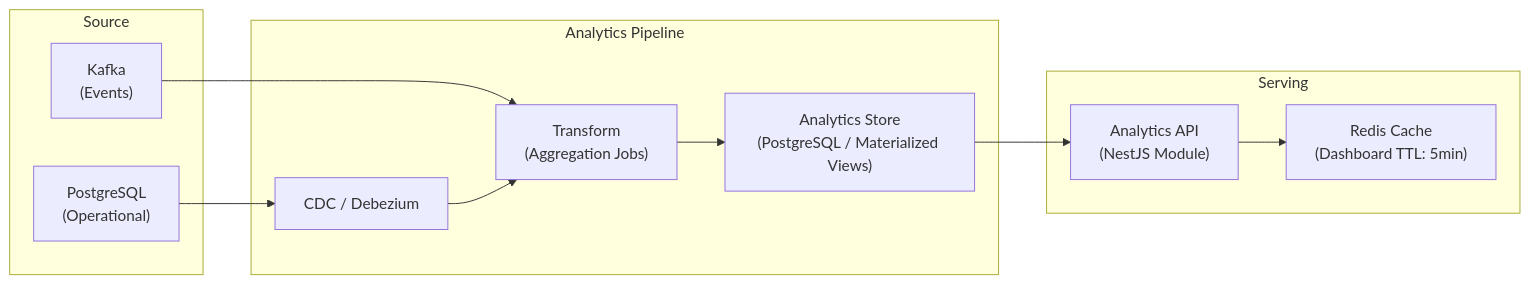
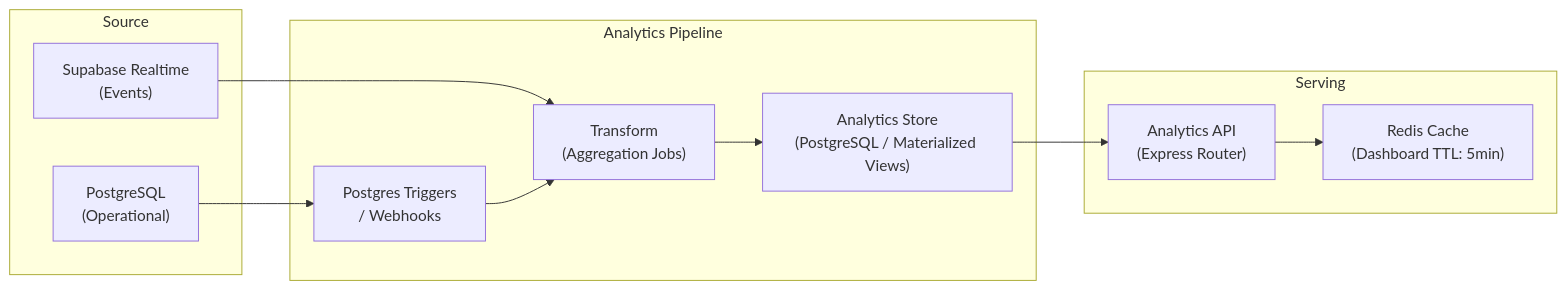
Before and after one commit to Abhishekgujar28/LAND-STACK: the second of 2 diagrams in docs/main-docs/ANALYTICS_MIS.md, drawn with Mermaid. The commit also changed other lines of this file and 53 other files, not shown here.

````diff
--- a/docs/main-docs/ANALYTICS_MIS.md
+++ b/docs/main-docs/ANALYTICS_MIS.md
@@ -184,25 +186,25 @@
 ```mermaid
 flowchart LR
     subgraph "Source"
         PG["PostgreSQL<br/>(Operational)"]
-        KAFKA["Kafka<br/>(Events)"]
+        RT["Supabase Realtime<br/>(Events)"]
     end
 
     subgraph "Analytics Pipeline"
-        CDC["CDC / Debezium"]
+        CDC["Postgres Triggers<br/>/ Webhooks"]
         TRANSFORM["Transform<br/>(Aggregation Jobs)"]
         ANALYTICS_DB["Analytics Store<br/>(PostgreSQL / Materialized Views)"]
     end
 
     subgraph "Serving"
-        API["Analytics API<br/>(NestJS Module)"]
+        API["Analytics API<br/>(Express Router)"]
         CACHE["Redis Cache<br/>(Dashboard TTL: 5min)"]
     end
 
     PG --> CDC
-    KAFKA --> TRANSFORM
+    RT --> TRANSFORM
     CDC --> TRANSFORM
     TRANSFORM --> ANALYTICS_DB
     ANALYTICS_DB --> API
     API --> CACHE
 ```
````
